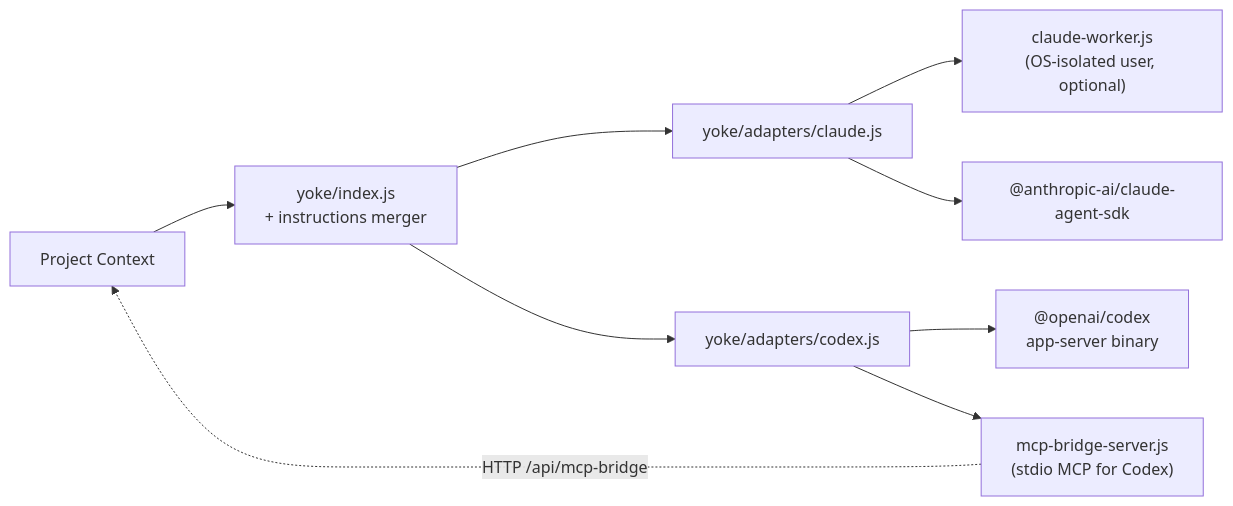
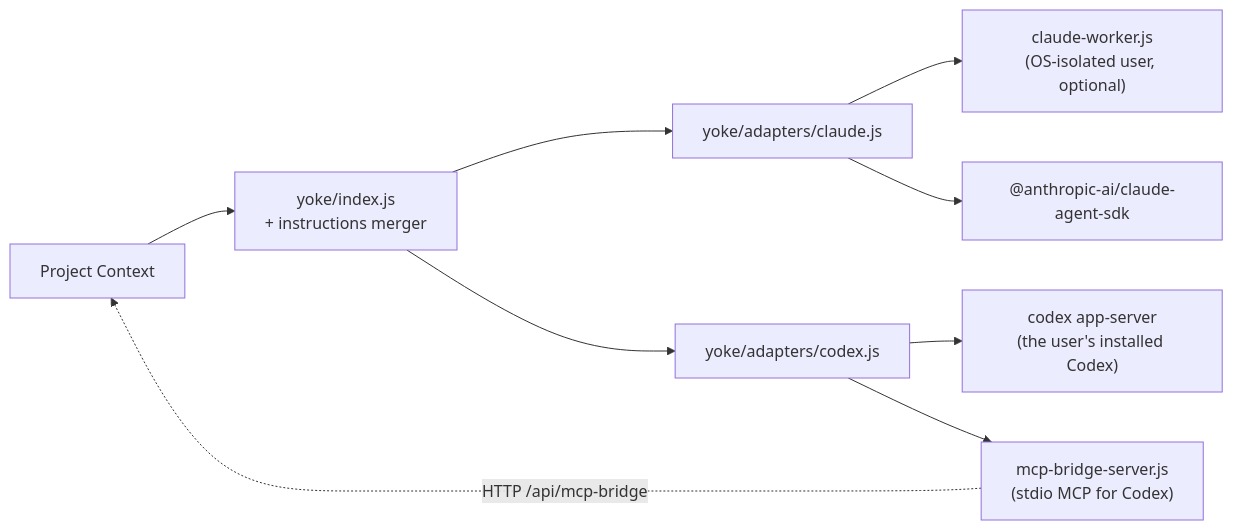
Before and after one commit to clagentic/clagentic-console: the third of 5 diagrams in docs/guides/architecture.md, drawn with Mermaid. The commit also changed other lines of this file and 4 other files, not shown here.

First line of the commit message:
docs(codex): document the user-installed Codex, version gating and the migration (lr-9b08f1)

````diff
--- a/docs/guides/architecture.md
+++ b/docs/guides/architecture.md
@@ -131,20 +131,20 @@
 ```mermaid
 graph LR
     Project["Project Context"]
     Yoke["yoke/index.js<br/>+ instructions merger"]
     ClaudeAdapter["yoke/adapters/claude.js"]
     CodexAdapter["yoke/adapters/codex.js"]
     ClaudeWorker["claude-worker.js<br/>(OS-isolated user, optional)"]
     ClaudeSDK["@anthropic-ai/claude-agent-sdk"]
-    CodexBin["@openai/codex<br/>app-server binary"]
+    CodexBin["codex app-server<br/>(the user's installed Codex)"]
     MCPBridge["mcp-bridge-server.js<br/>(stdio MCP for Codex)"]
 
     Project --> Yoke
     Yoke --> ClaudeAdapter
     Yoke --> CodexAdapter
     ClaudeAdapter --> ClaudeWorker
     ClaudeAdapter --> ClaudeSDK
     CodexAdapter --> CodexBin
     CodexAdapter --> MCPBridge
     MCPBridge -.->|HTTP /api/mcp-bridge| Project
 ```
````
